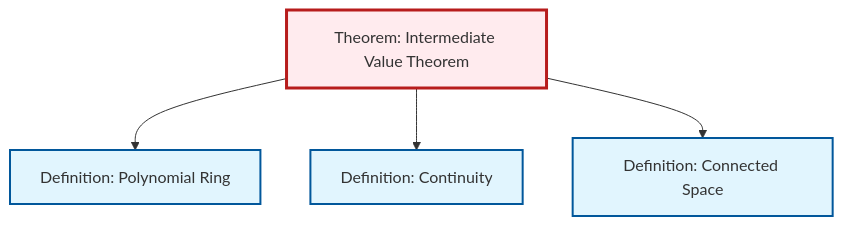
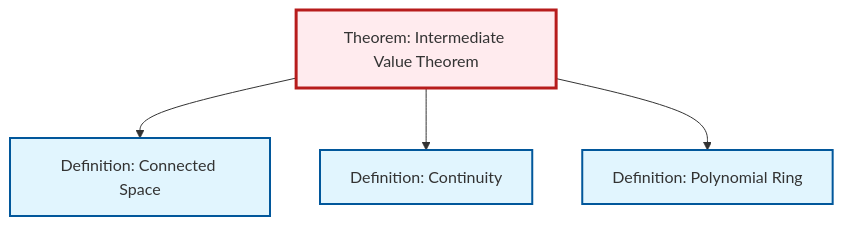
The diagram in content/en/topology/thm-intermediate-value.qmd (RK0429/ModernMath), drawn with Mermaid before and after one commit. The commit also changed other lines of this file and 672 other files, not shown here.

````diff
--- a/content/en/topology/thm-intermediate-value.qmd
+++ b/content/en/topology/thm-intermediate-value.qmd
@@ -51,20 +51,20 @@
 ```{mermaid}
 %%| fig-cap: "Local dependency graph"
 graph TD
     classDef definition fill:#e1f5fe,stroke:#01579b,stroke-width:2px
     classDef theorem fill:#f3e5f5,stroke:#4a148c,stroke-width:2px
     classDef axiom fill:#fff3e0,stroke:#e65100,stroke-width:2px
     classDef example fill:#e8f5e9,stroke:#1b5e20,stroke-width:2px
     classDef current fill:#ffebee,stroke:#b71c1c,stroke-width:3px
     def-continuity["Definition: Continuity"]:::definition
+    def-polynomial-ring["Definition: Polynomial Ring"]:::definition
     thm-intermediate-value["Theorem: Intermediate Value Theorem"]:::theorem
     def-connected["Definition: Connected Space"]:::definition
-    def-polynomial-ring["Definition: Polynomial Ring"]:::definition
+    thm-intermediate-value --> def-connected
+    thm-intermediate-value --> def-continuity
     thm-intermediate-value --> def-polynomial-ring
-    thm-intermediate-value --> def-continuity
-    thm-intermediate-value --> def-connected
     class thm-intermediate-value current
     click def-continuity "def-continuity.html" "Go to Continuity definition"
+    click def-polynomial-ring "def-polynomial-ring.html" "Go to Polynomial Ring definition"
     click def-connected "def-connected.html" "Go to Connected Space definition"
-    click def-polynomial-ring "def-polynomial-ring.html" "Go to Polynomial Ring definition"
 ```
````
